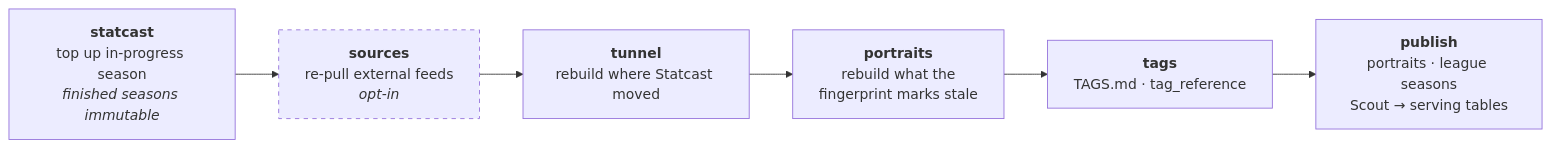
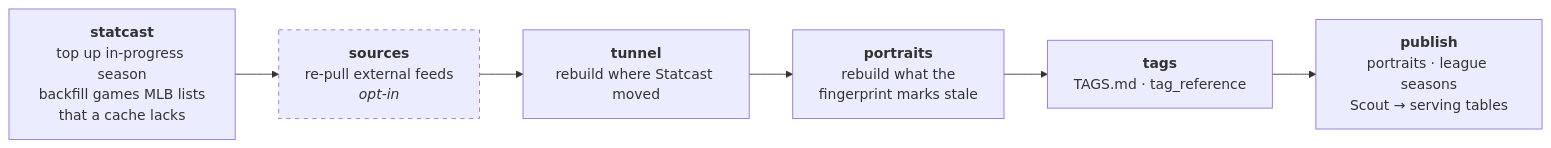
Before and after one commit to SebastianAbarca/baseball-analytics: the fourth of 7 diagrams in docs/ARCHITECTURE.md, drawn with Mermaid. The commit also changed 5 other files, not shown here.

First line of the commit message:
Seasons complete against MLB's schedule, not a date table

````diff
--- a/docs/ARCHITECTURE.md
+++ b/docs/ARCHITECTURE.md
@@ -172,13 +172,13 @@
 ```mermaid
 flowchart LR
-    S1["<b>statcast</b><br/>top up in-progress season<br/><i>finished seasons immutable</i>"]
+    S1["<b>statcast</b><br/>top up in-progress season<br/>backfill games MLB lists<br/>that a cache lacks"]
     S2["<b>sources</b><br/>re-pull external feeds<br/><i>opt-in</i>"]
     S3["<b>tunnel</b><br/>rebuild where Statcast moved"]
     S4["<b>portraits</b><br/>rebuild what the<br/>fingerprint marks stale"]
     S5["<b>tags</b><br/>TAGS.md · tag_reference"]
     S6["<b>publish</b><br/>portraits · league seasons<br/>Scout → serving tables"]
 
     S1 --> S2 --> S3 --> S4 --> S5 --> S6
 
     style S2 stroke-dasharray: 5 5
 ```
````
